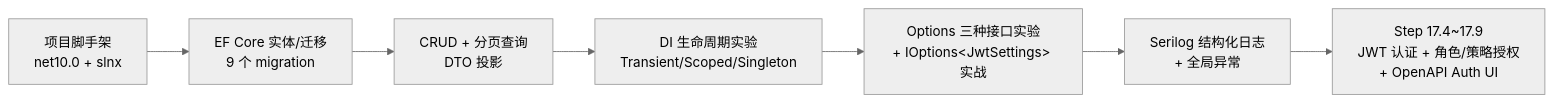
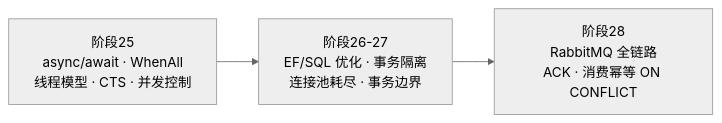
One commit to zhanbinb/OrderManagement changed the first of 2 diagrams in docs/03-问题清单与学习路线图.md. Above: the diagram before and after it, drawn with Mermaid (neutral theme). The commit also changed other lines of this file and 17 other files, not shown here.

````diff
--- a/docs/03-问题清单与学习路线图.md
+++ b/docs/03-问题清单与学习路线图.md
@@ -39,9 +54,5 @@
 ```mermaid
 flowchart LR
-    A[项目脚手架<br/>net10.0 + slnx] --> B[EF Core 实体/迁移<br/>9 个 migration]
-    B --> C[CRUD + 分页查询<br/>DTO 投影]
-    C --> D[DI 生命周期实验<br/>Transient/Scoped/Singleton]
-    D --> E[Options 三种接口实验<br/>+ IOptions&lt;JwtSettings&gt; 实战]
-    E --> F[Serilog 结构化日志<br/>+ 全局异常]
-    F --> G[Step 17.4~17.9<br/>JWT 认证 + 角色/策略授权<br/>+ OpenAPI Auth UI]
+    A[阶段25<br/>async/await · WhenAll<br/>线程模型 · CTS · 并发控制] --> B[阶段26-27<br/>EF/SQL 优化 · 事务隔离<br/>连接池耗尽 · 事务边界]
+    B --> C[阶段28<br/>RabbitMQ 全链路<br/>ACK · 消费幂等 ON CONFLICT]
 ```
````
